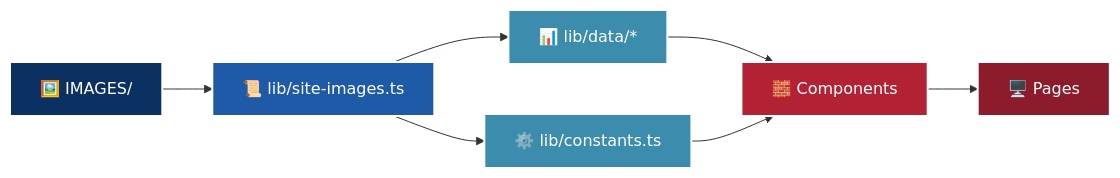
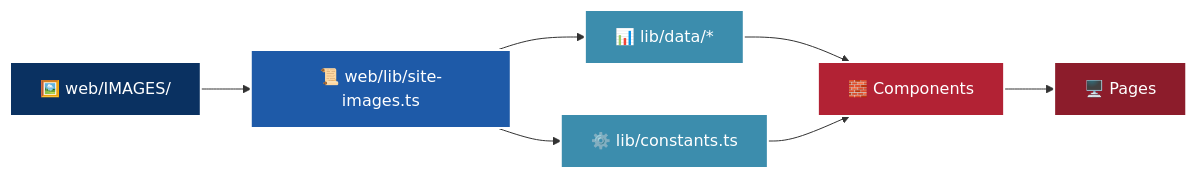
One commit to prigo929/A-Love-Letter-to-The-United-States-of-America changed the diagram in README.md. Above: the diagram before and after it, drawn with Mermaid. The commit also changed other lines of this file and 636 other files, not shown here.

````diff
--- a/README.md
+++ b/README.md
@@ -562,16 +562,16 @@
 ```mermaid
 graph LR
-    A[🖼️ IMAGES/] --> B[📜 lib/site-images.ts]
+    A[🖼️ web/IMAGES/] --> B[📜 web/lib/site-images.ts]
     B --> C[📊 lib/data/*]
     B --> D[⚙️ lib/constants.ts]
     C --> E[🧱 Components]
     D --> E
     E --> F[🖥️ Pages]
     
     style A fill:#0A3161,stroke:#fff,stroke-width:2px,color:#fff
     style B fill:#1E5AA8,stroke:#fff,stroke-width:2px,color:#fff
     style C fill:#3C8DAD,stroke:#fff,stroke-width:2px,color:#fff
     style D fill:#3C8DAD,stroke:#fff,stroke-width:2px,color:#fff
     style E fill:#B22234,stroke:#fff,stroke-width:2px,color:#fff
     style F fill:#8C1C2B,stroke:#fff,stroke-width:2px,color:#fff
 ```
````
